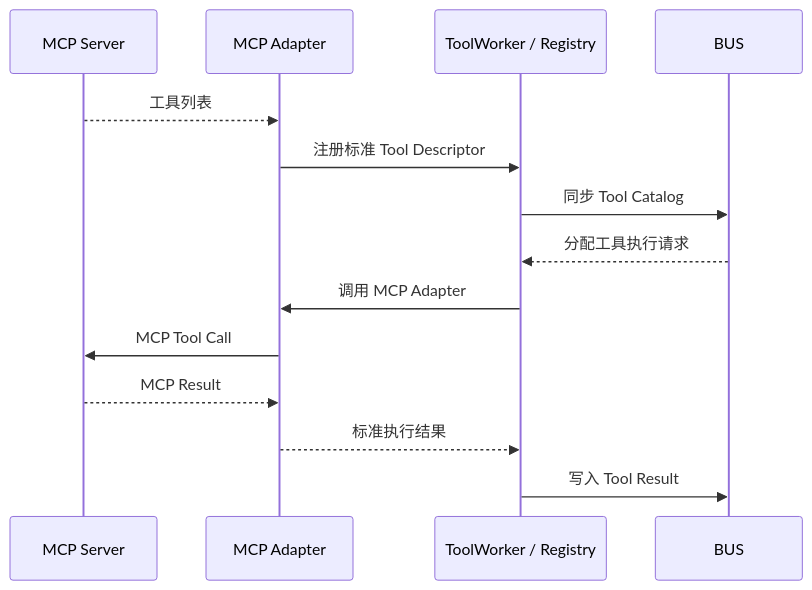
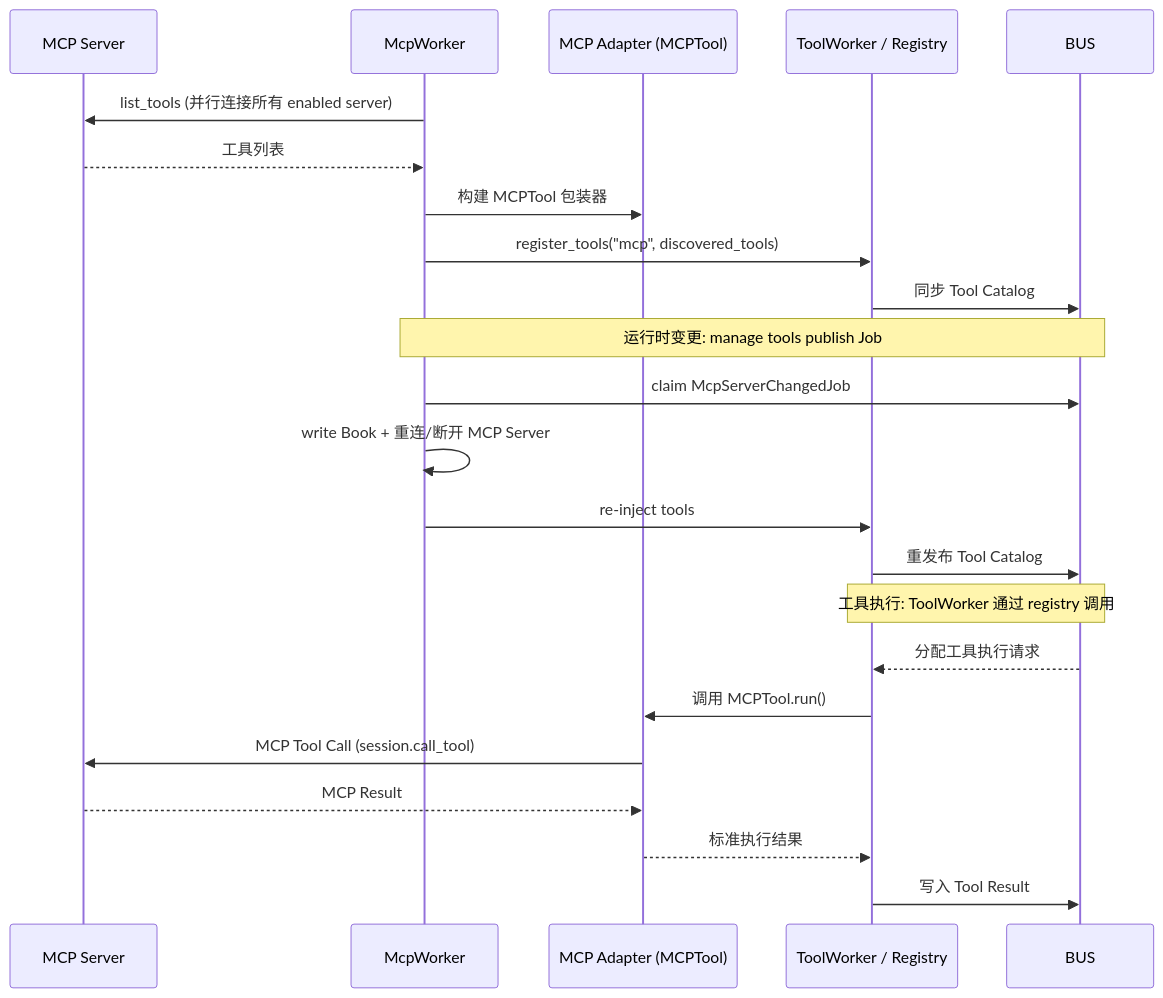
One commit to realTaki/MAGI changed the fourth of 6 diagrams in docs/MAGI_MODULE_RESPONSIBILITIES_AND_DEPENDENCIES.md. Above: the diagram before and after it, drawn with Mermaid. The commit also changed other lines of this file and 2 other files, not shown here.

Commit message:
docs(architecture): update MCP worker and bus-centric design docs
更新 MAGI 架构文档以反映 McpWorker 独立管理 MCP 连接的设计，明确其作为 McpServerBook 唯一写者的职责，并修正模块依赖关系与数据流图。新增 AgentWorker 迁移到 new_bus 的详细设计书，定义 board 驱动的 steering 机制与完整实现方案。

````diff
--- a/docs/MAGI_MODULE_RESPONSIBILITIES_AND_DEPENDENCIES.md
+++ b/docs/MAGI_MODULE_RESPONSIBILITIES_AND_DEPENDENCIES.md
@@ -595,17 +597,30 @@
 ```mermaid
 sequenceDiagram
     participant MS as MCP Server
-    participant MCP as MCP Adapter
+    participant MW as McpWorker
+    participant MCP as MCP Adapter (MCPTool)
     participant TOOLS as ToolWorker / Registry
     participant BUS as BUS
 
-    MS-->>MCP: 工具列表
-    MCP->>TOOLS: 注册标准 Tool Descriptor
+    MW->>MS: list_tools (并行连接所有 enabled server)
+    MS-->>MW: 工具列表
+    MW->>MCP: 构建 MCPTool 包装器
+    MW->>TOOLS: register_tools("mcp", discovered_tools)
     TOOLS->>BUS: 同步 Tool Catalog
+
+    Note over MW,BUS: 运行时变更: manage tools publish Job
+
+    MW->>BUS: claim McpServerChangedJob
+    MW->>MW: write Book + 重连/断开 MCP Server
+    MW->>TOOLS: re-inject tools
+    TOOLS->>BUS: 重发布 Tool Catalog
+
+    Note over TOOLS,BUS: 工具执行: ToolWorker 通过 registry 调用
+
     BUS-->>TOOLS: 分配工具执行请求
-    TOOLS->>MCP: 调用 MCP Adapter
-    MCP->>MS: MCP Tool Call
+    TOOLS->>MCP: 调用 MCPTool.run()
+    MCP->>MS: MCP Tool Call (session.call_tool)
     MS-->>MCP: MCP Result
     MCP-->>TOOLS: 标准执行结果
     TOOLS->>BUS: 写入 Tool Result
 ```
````
